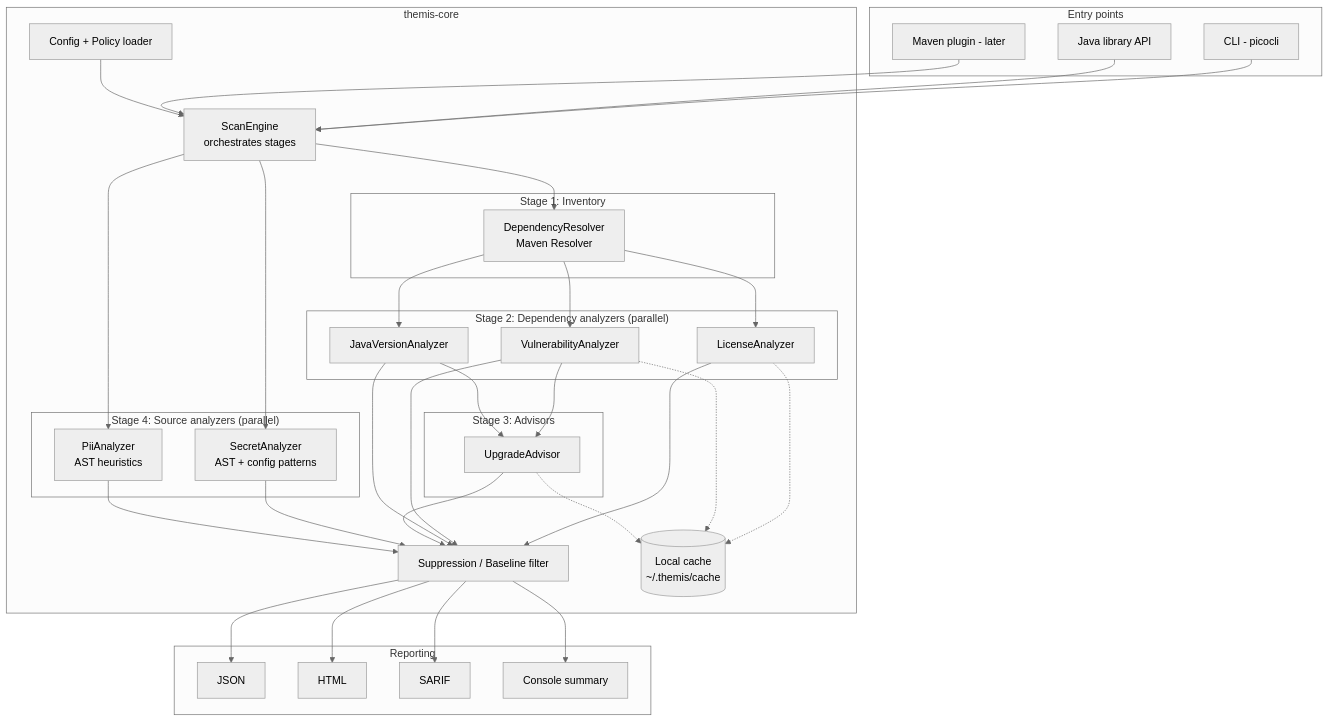
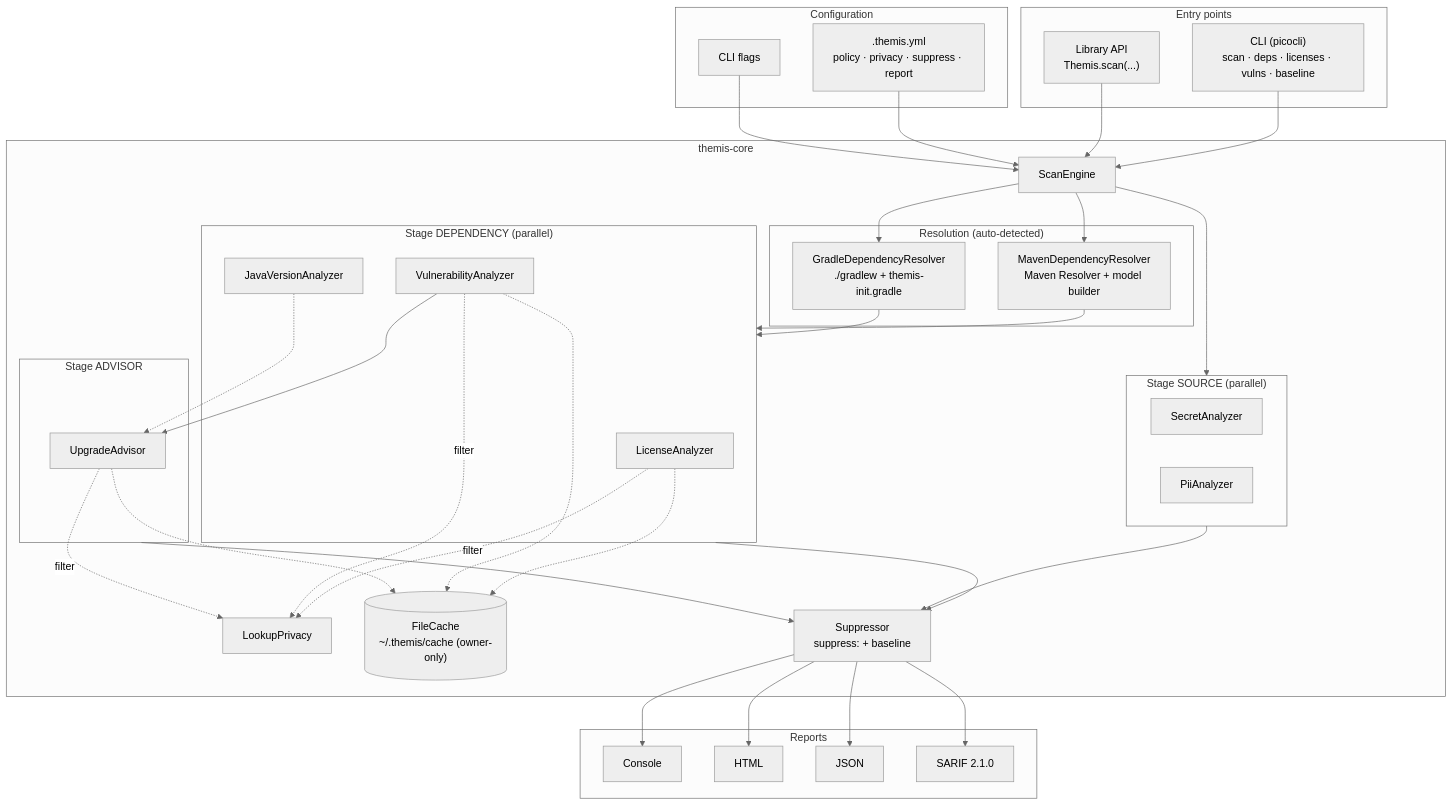
The second of 5 diagrams in docs/HLD.md (aryanttripathi/themis), drawn with Mermaid (neutral theme) before and after one commit. The commit also changed other lines of this file and 3 other files, not shown here.

Commit message:
Docs: rewrite WHY, HLD, LLD for v0.1 with Mermaid diagrams

````diff
--- a/docs/HLD.md
+++ b/docs/HLD.md
@@ -24,56 +26,56 @@
 ```mermaid
 flowchart TB
     subgraph Entry["Entry points"]
-        CLI[CLI - picocli]
-        API[Java library API]
-        PLG[Maven plugin - later]
+        CLI["CLI (picocli)<br/>scan · deps · licenses · vulns · baseline"]
+        API["Library API<br/>Themis.scan(...)"]
+    end
+
+    subgraph Config["Configuration"]
+        YML[".themis.yml<br/>policy · privacy · suppress · report"]
+        FLAGS[CLI flags]
     end
 
     subgraph Core["themis-core"]
-        ENG[ScanEngine<br/>orchestrates stages]
-        CFG[Config + Policy loader]
-
-        subgraph S1["Stage 1: Inventory"]
-            DR[DependencyResolver<br/>Maven Resolver]
+        ENG[ScanEngine]
+        subgraph Resolve["Resolution (auto-detected)"]
+            MVN[MavenDependencyResolver<br/>Maven Resolver + model builder]
+            GRD[GradleDependencyResolver<br/>./gradlew + themis-init.gradle]
         end
-
-        subgraph S2["Stage 2: Dependency analyzers (parallel)"]
-            LA[LicenseAnalyzer]
-            VA[VulnerabilityAnalyzer]
-            JA[JavaVersionAnalyzer]
+        subgraph DepStage["Stage DEPENDENCY (parallel)"]
+            LIC[LicenseAnalyzer]
+            VUL[VulnerabilityAnalyzer]
+            JV[JavaVersionAnalyzer]
         end
-
-        subgraph S3["Stage 3: Advisors"]
-            UA[UpgradeAdvisor]
+        subgraph SrcStage["Stage SOURCE (parallel)"]
+            SEC[SecretAnalyzer]
+            PII[PiiAnalyzer]
         end
-
-        subgraph S4["Stage 4: Source analyzers (parallel)"]
-            SA[SecretAnalyzer<br/>AST + config patterns]
-            PA[PiiAnalyzer<br/>AST heuristics]
+        subgraph AdvStage["Stage ADVISOR"]
+            UPG[UpgradeAdvisor]
         end
-
-        SUP[Suppression / Baseline filter]
-        CACHE[(Local cache<br/>~/.themis/cache)]
+        PRIV[LookupPrivacy]
+        CACHE[("FileCache<br/>~/.themis/cache (owner-only)")]
+        SUP[Suppressor<br/>suppress: + baseline]
     end
 
-    subgraph Report["Reporting"]
-        RJ[JSON]
-        RH[HTML]
-        RS[SARIF]
-        RC[Console summary]
+    subgraph Reports["Reports"]
+        CON[Console]
+        HTML[HTML]
+        JSON[JSON]
+        SARIF[SARIF 2.1.0]
     end
 
     CLI --> ENG
     API --> ENG
-    PLG --> ENG
-    CFG --> ENG
-    ENG --> DR --> LA & VA & JA
-    VA --> UA
-    JA --> UA
-    ENG --> SA & PA
-    LA & VA & JA & UA & SA & PA --> SUP
-    SUP --> RJ & RH & RS & RC
-    LA -.-> CACHE
-    VA -.-> CACHE
-    UA -.-> CACHE
+    YML --> ENG
+    FLAGS --> ENG
+    ENG --> MVN & GRD
+    MVN & GRD --> DepStage
+    ENG --> SrcStage
+    VUL --> UPG
+    JV -.-> UPG
+    LIC & VUL & UPG -.->|"filter"| PRIV
+    LIC & VUL & UPG -.-> CACHE
+    DepStage & SrcStage & AdvStage --> SUP
+    SUP --> CON & HTML & JSON & SARIF
 ```
````
